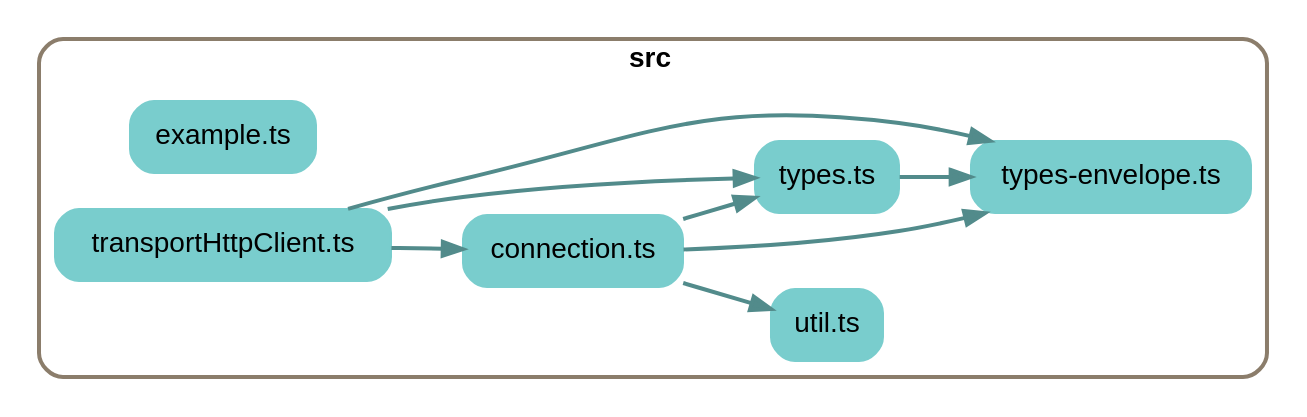
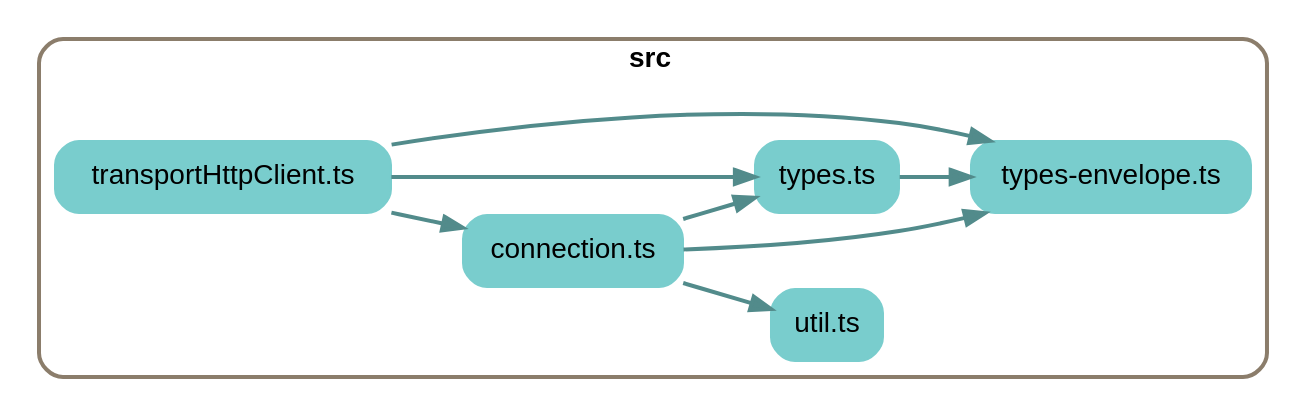
One commit to earthstar-project/earthstar-streaming-rpc changed the diagram in depchart/depchart-simple.dot. Above: the diagram before and after it, drawn with Graphviz. The commit also changed 7 other files, not shown here.

Commit message:
move example.ts out of src/; update depchart

```diff
--- a/depchart/depchart-simple.dot
+++ b/depchart/depchart-simple.dot
@@ -1,38 +1,37 @@
 
 digraph G {
     //splines=line;
     //splines=polyline;
     splines=true;
     rankdir=LR;
     //newrank=true;
     compound=true;
     graph [fontname = "helvetica"];  // dpi=72
     node [fontname = "helvetica"];
     edge [fontname = "helvetica"];
     
     // files in their folder clusters
 
-    subgraph cluster2285140244 {
+    subgraph cluster8513787771 {
         label=<<b>src</b>>;
         style="rounded";
         color=bisque4;
         penwidth=2;
                     
         "src/connection.ts" [label="connection.ts", shape=rectangle; style="rounded,filled"; color=darkslategray3];
-        "src/example.ts" [label="example.ts", shape=rectangle; style="rounded,filled"; color=darkslategray3];
         "src/transportHttpClient.ts" [label="transportHttpClient.ts", shape=rectangle; style="rounded,filled"; color=darkslategray3];
         "src/types-envelope.ts" [label="types-envelope.ts", shape=rectangle; style="rounded,filled"; color=darkslategray3];
         "src/types.ts" [label="types.ts", shape=rectangle; style="rounded,filled"; color=darkslategray3];
         "src/util.ts" [label="util.ts", shape=rectangle; style="rounded,filled"; color=darkslategray3];
     }
 
     // edges between files
     "src/connection.ts" -> "src/types.ts" [penwidth=2; color=darkslategray4];
     "src/connection.ts" -> "src/types-envelope.ts" [penwidth=2; color=darkslategray4];
     "src/connection.ts" -> "src/util.ts" [penwidth=2; color=darkslategray4];
     "src/transportHttpClient.ts" -> "src/types.ts" [penwidth=2; color=darkslategray4];
     "src/transportHttpClient.ts" -> "src/types-envelope.ts" [penwidth=2; color=darkslategray4];
     "src/transportHttpClient.ts" -> "src/connection.ts" [penwidth=2; color=darkslategray4];
     "src/types.ts" -> "src/types-envelope.ts" [penwidth=2; color=darkslategray4];
 
 }
```
